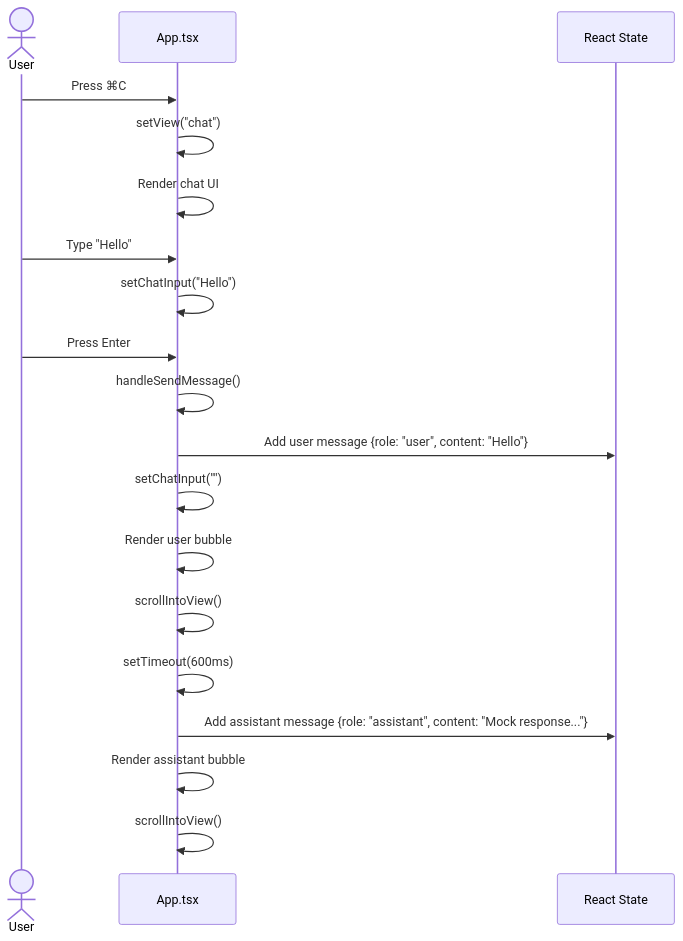
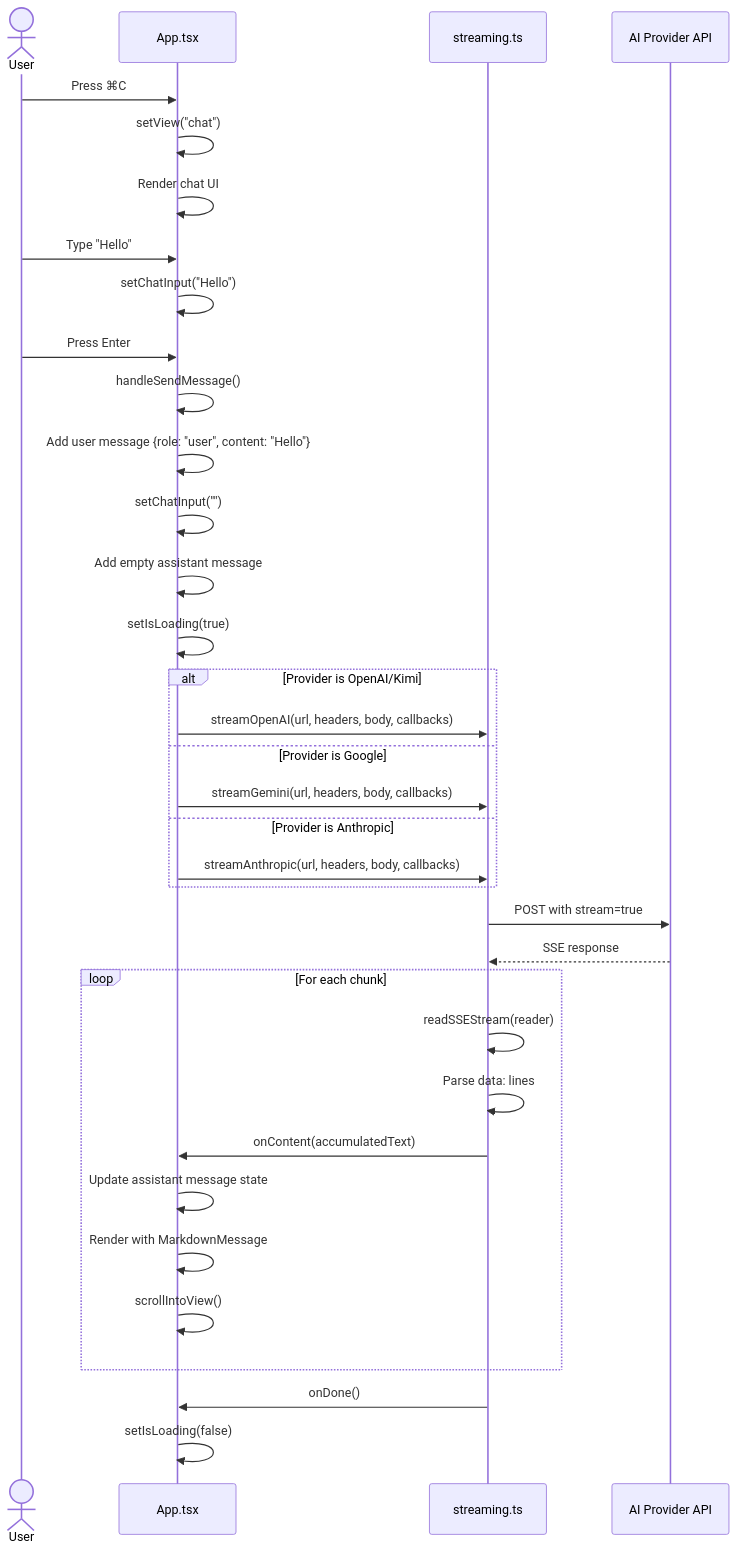
One commit to RickyDane/gquick changed the fourth of 9 diagrams in arch/api/sequences.md. Above: the diagram before and after it, drawn with Mermaid. The commit also changed other lines of this file and 39 other files, not shown here.

````diff
--- a/arch/api/sequences.md
+++ b/arch/api/sequences.md
@@ -109,25 +170,44 @@
 ```mermaid
 sequenceDiagram
     actor User
     participant App as App.tsx
-    participant State as React State
+    participant Stream as streaming.ts
+    participant API as AI Provider API
 
     User->>App: Press ⌘C
     App->>App: setView("chat")
     App->>App: Render chat UI
 
     User->>App: Type "Hello"
     App->>App: setChatInput("Hello")
 
     User->>App: Press Enter
     App->>App: handleSendMessage()
-    App->>State: Add user message {role: "user", content: "Hello"}
+    App->>App: Add user message {role: "user", content: "Hello"}
     App->>App: setChatInput("")
-    App->>App: Render user bubble
-    App->>App: scrollIntoView()
+    App->>App: Add empty assistant message
+    App->>App: setIsLoading(true)
 
-    App->>App: setTimeout(600ms)
-    App->>State: Add assistant message {role: "assistant", content: "Mock response..."}
-    App->>App: Render assistant bubble
-    App->>App: scrollIntoView()
+    alt Provider is OpenAI/Kimi
+        App->>Stream: streamOpenAI(url, headers, body, callbacks)
+    else Provider is Google
+        App->>Stream: streamGemini(url, headers, body, callbacks)
+    else Provider is Anthropic
+        App->>Stream: streamAnthropic(url, headers, body, callbacks)
+    end
+
+    Stream->>API: POST with stream=true
+    API-->>Stream: SSE response
+
+    loop For each chunk
+        Stream->>Stream: readSSEStream(reader)
+        Stream->>Stream: Parse data: lines
+        Stream->>App: onContent(accumulatedText)
+        App->>App: Update assistant message state
+        App->>App: Render with MarkdownMessage
+        App->>App: scrollIntoView()
+    end
+
+    Stream->>App: onDone()
+    App->>App: setIsLoading(false)
 ```
````
